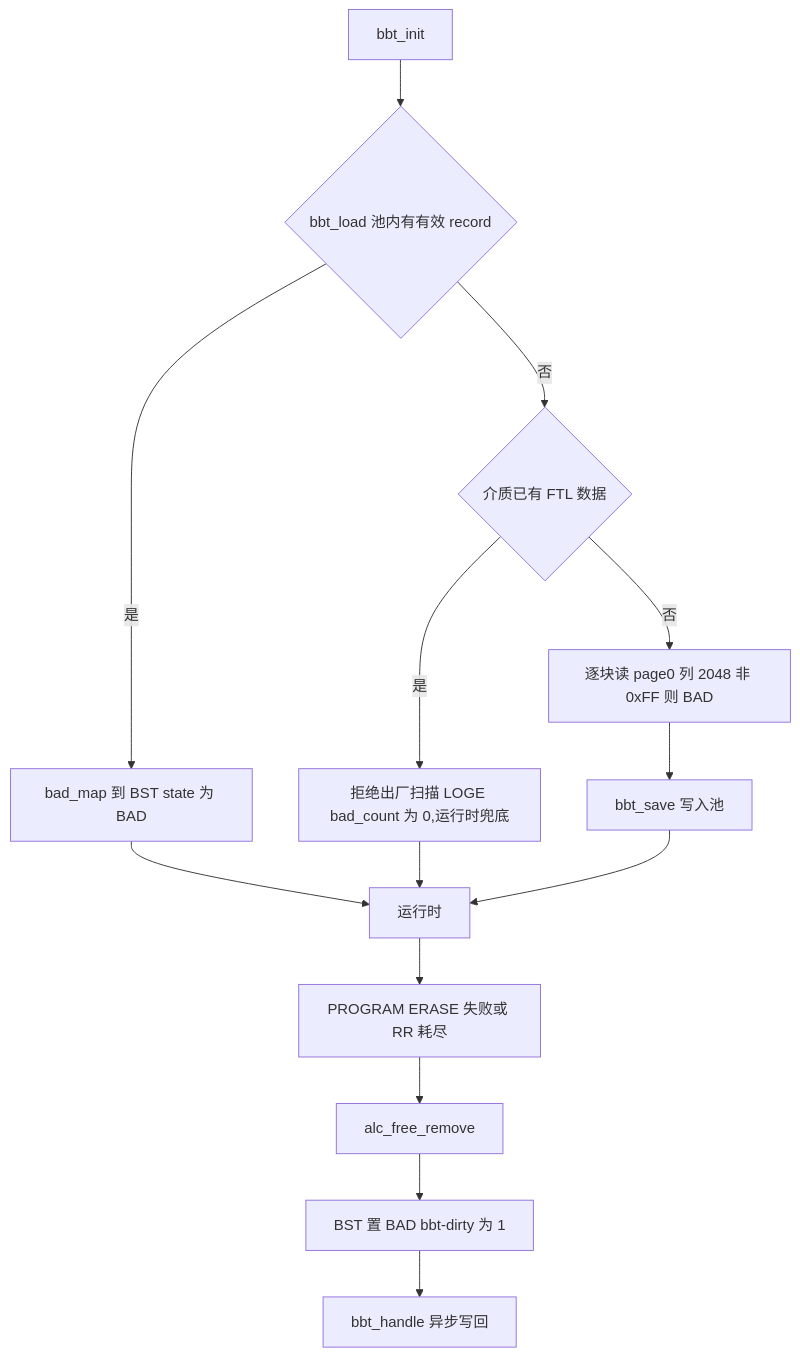
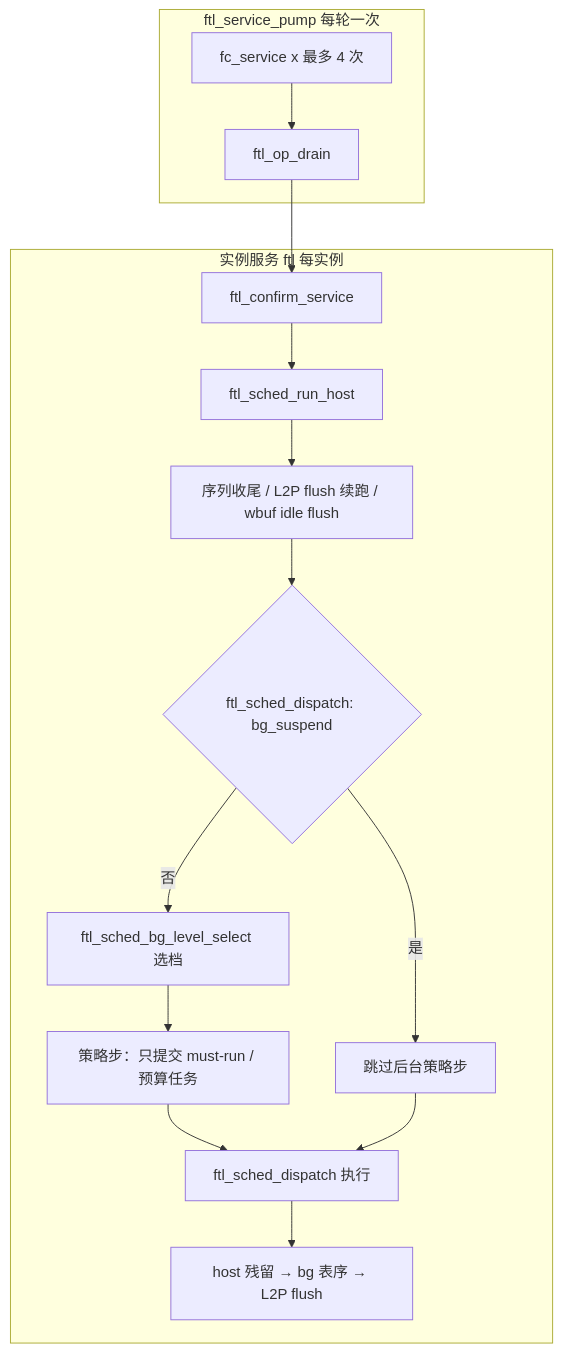
Before and after one commit to YzYMIAO/BASESSD: diagram 20 of 50 in docs/design/ftl_design.md, drawn with Mermaid. The commit also changed other lines of this file and 42 other files, not shown here.

````diff
--- a/docs/design/ftl_design.md
+++ b/docs/design/ftl_design.md
@@ -1447,16 +2027,18 @@
 ```mermaid
-flowchart TD
- INIT["bbt_init"] --> LOAD{"bbt_load 池内有有效 record"}
- LOAD -- "是" --> REBUILD["bad_map 到 BST state 为 BAD"]
- LOAD -- "否" --> USED{"介质已有 FTL 数据"}
- USED -- "是" --> REJECT["拒绝出厂扫描 LOGE bad_count 为 0,运行时兜底"]
- USED -- "否" --> SCAN["逐块读 page0 列 2048 非 0xFF 则 BAD"]
- SCAN --> SAVE["bbt_save 写入池"]
- REBUILD --> RUN["运行时"]
- REJECT --> RUN
- SAVE --> RUN
- RUN --> MARK["PROGRAM ERASE 失败或 RR 耗尽"]
- MARK --> EXPEL["alc_free_remove"]
- EXPEL --> BAD["BST 置 BAD bbt-dirty 为 1"]
- BAD --> KICK["bbt_handle 异步写回"]
+flowchart TB
+ subgraph "ftl_service_pump 每轮一次"
+  P1["fc_service x 最多 4 次"] --> P2["ftl_op_drain"]
+ end
+ subgraph "实例服务 ftl 每实例"
+  S1["ftl_confirm_service"] --> S2["ftl_sched_run_host"]
+  S2 --> S3["序列收尾 / L2P flush 续跑 / wbuf idle flush"]
+  S3 --> S4{"ftl_sched_dispatch: bg_suspend"}
+  S4 -- "是" --> S5["跳过后台策略步"]
+  S4 -- "否" --> S6["ftl_sched_bg_level_select 选档"]
+  S6 --> S7["策略步：只提交 must-run / 预算任务"]
+  S7 --> S8["ftl_sched_dispatch 执行"]
+  S5 --> S8
+  S8 --> S9["host 残留 → bg 表序 → L2P flush"]
+ end
+ P2 --> S1
 ```
````
